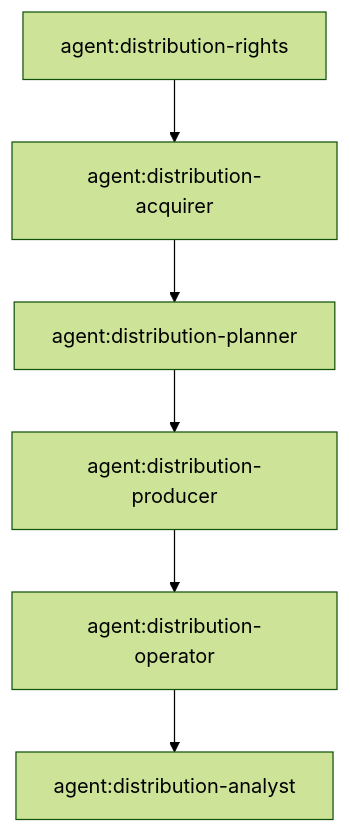
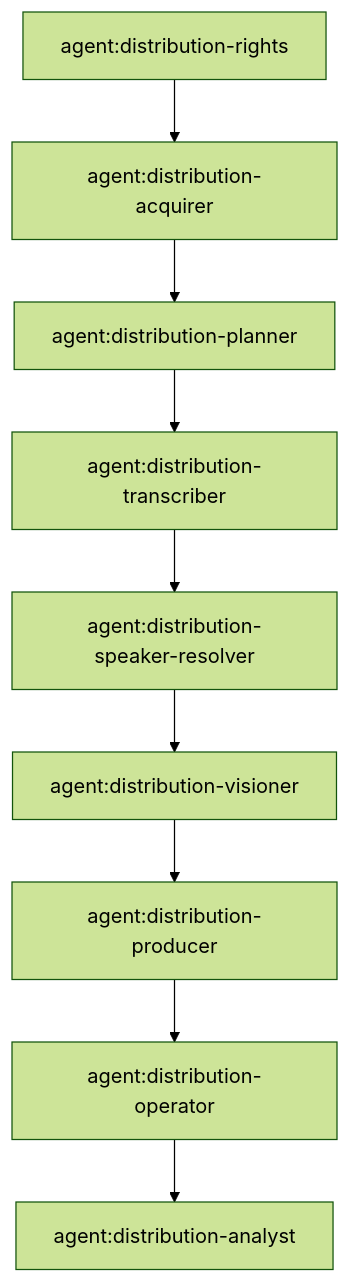
One commit to lalalic/neo changed the diagram in content-distribution/graph.mmd. Above: the diagram before and after it, drawn with Mermaid (forest theme). The commit also changed 14 other files, not shown here.

Commit message:
feat(content-distribution): separate speech VTT resolution from Vision editing

```diff
--- a/content-distribution/graph.mmd
+++ b/content-distribution/graph.mmd
@@ -1,6 +1,9 @@
 flowchart TD
     rights[agent:distribution-rights] --> acquire[agent:distribution-acquirer]
     acquire --> plan[agent:distribution-planner]
-    plan --> produce[agent:distribution-producer]
+    plan --> stt[agent:distribution-transcriber]
+    stt --> speakers[agent:distribution-speaker-resolver]
+    speakers --> vision[agent:distribution-visioner]
+    vision --> produce[agent:distribution-producer]
     produce --> release[agent:distribution-operator]
     release --> measure[agent:distribution-analyst]
```
